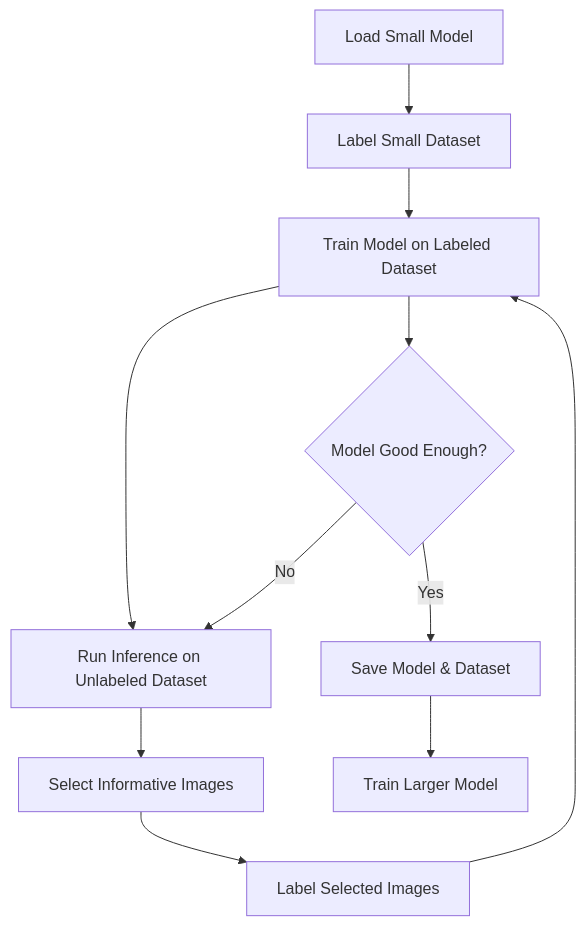
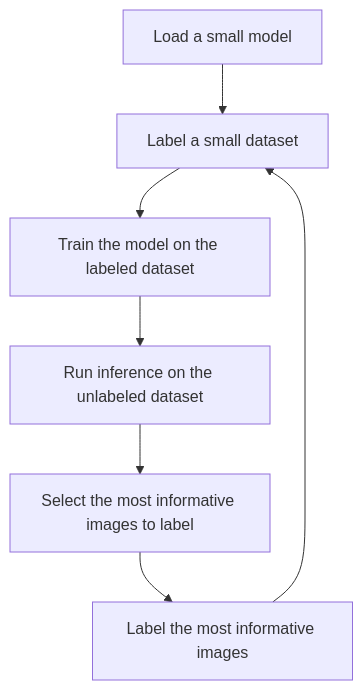
One commit to dnth/active-learning-flywheel changed the diagram in README.md. Above: the diagram before and after it, drawn with Mermaid.

````diff
--- a/README.md
+++ b/README.md
@@ -27,13 +27,9 @@
 ```mermaid
 graph TD
-A[Load Small Model] --> B[Label Small Dataset]
-B --> C[Train Model on Labeled Dataset]
-C --> D[Run Inference on Unlabeled Dataset]
-D --> E[Select Informative Images]
-E --> F[Label Selected Images]
-F --> C
-C --> G{Model Good Enough?}
-G -->|No| D
-G -->|Yes| H[Save Model & Dataset]
-H --> I[Train Larger Model]
+A[Load a small model] --> B[Label a small dataset]
+B --> C[Train the model on the labeled dataset]
+C --> D[Run inference on the unlabeled dataset]
+D --> E[Select the most informative images to label]
+E --> F[Label the most informative images]
+F --> B
 ```
````
